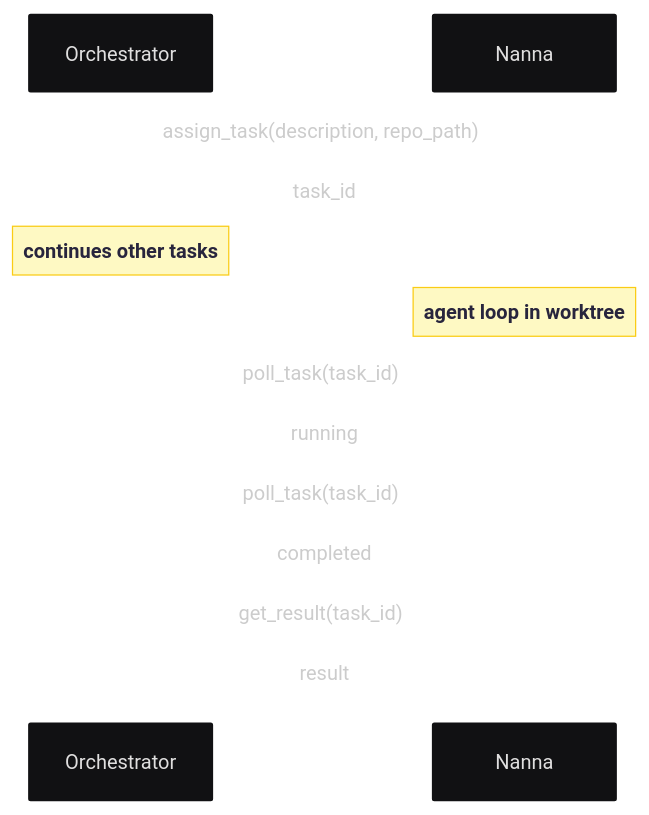
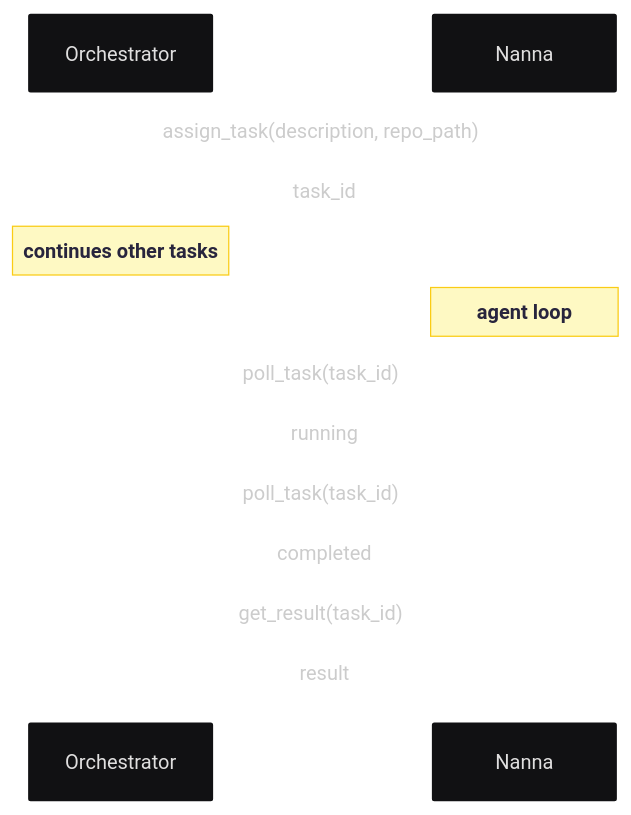
The second of 4 diagrams in ARCHITECTURE.md (DominicBurkart/nanna-coder), drawn with Mermaid before and after one commit.

Commit message:
agent isn't using worktrees

````diff
--- a/ARCHITECTURE.md
+++ b/ARCHITECTURE.md
@@ -56,20 +56,20 @@
 ```mermaid
 ---
 config:
   theme: redux-dark
   layout: dagre
 ---
 sequenceDiagram
     participant O as Orchestrator
     participant N as Nanna
     O->>N: assign_task(description, repo_path)
     N-->>O: task_id
     Note over O: continues other tasks
-    Note over N: agent loop in worktree
+    Note over N: agent loop
     O->>N: poll_task(task_id)
     N-->>O: running
     O->>N: poll_task(task_id)
     N-->>O: completed
     O->>N: get_result(task_id)
     N-->>O: result
 ```
````
